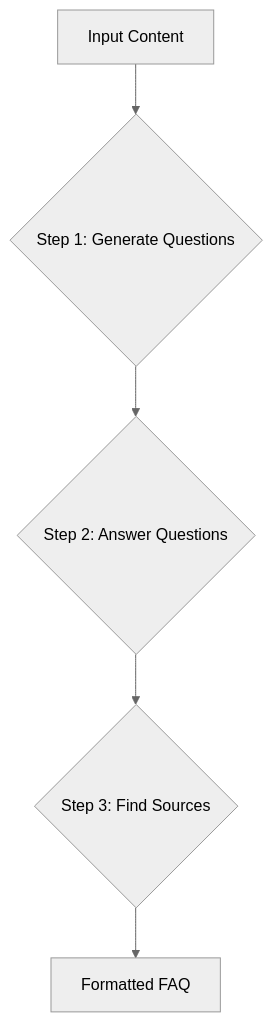
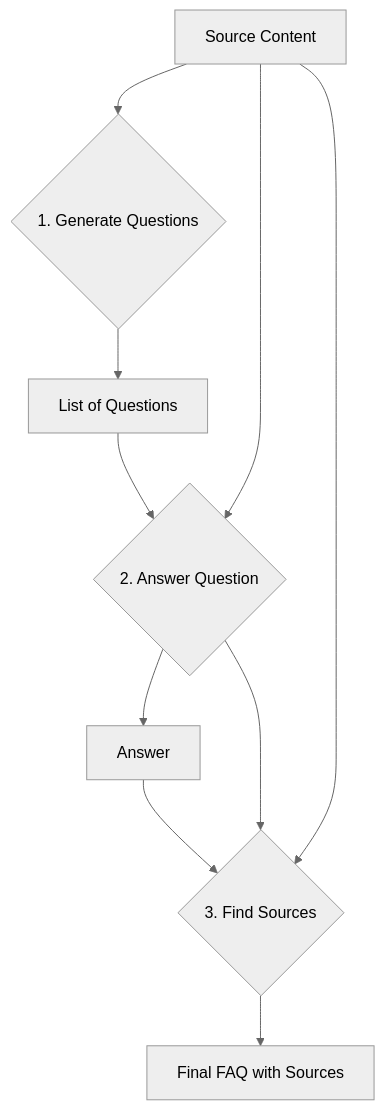
One commit to towardsai/agentic-ai-engineering-course changed the first of 3 diagrams in lessons/05_workflow_patterns/article.md. Above: the diagram before and after it, drawn with Mermaid (neutral theme). The commit also changed other lines of this file, not shown here.

````diff
--- a/lessons/05_workflow_patterns/article.md
+++ b/lessons/05_workflow_patterns/article.md
@@ -244,7 +144,12 @@
 ```mermaid
 graph TD
-    A[Input Content] --> B{Step 1: Generate Questions};
-    B --> C{Step 2: Answer Questions};
-    C --> D{Step 3: Find Sources};
-    D --> E[Formatted FAQ];
+    A[Source Content] --> B{1. Generate Questions};
+    B --> C[List of Questions];
+    C --> D{2. Answer Question};
+    A --> D;
+    D --> E[Answer];
+    E --> F{3. Find Sources};
+    D --> F;
+    A --> F;
+    F --> G[Final FAQ with Sources];
 ```
````
